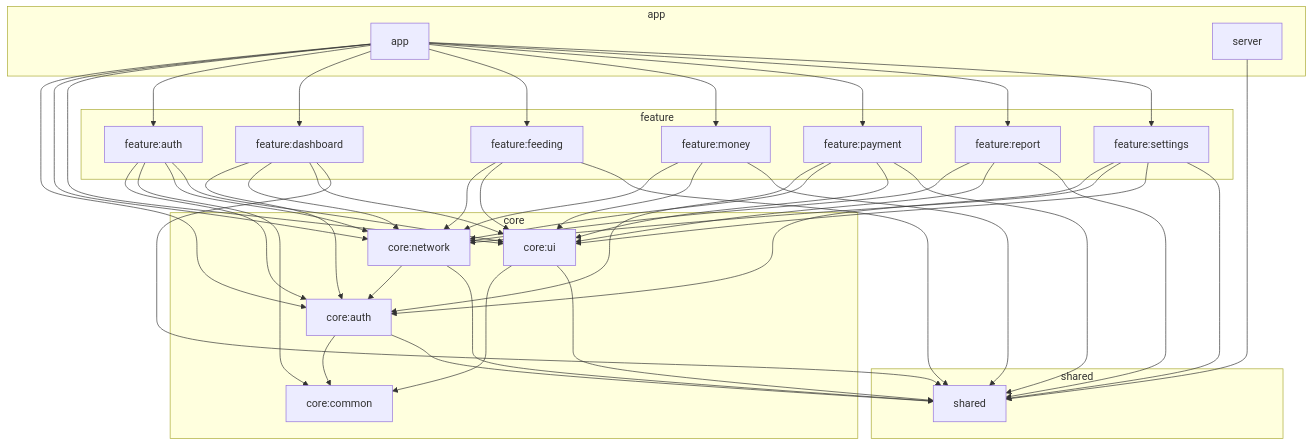
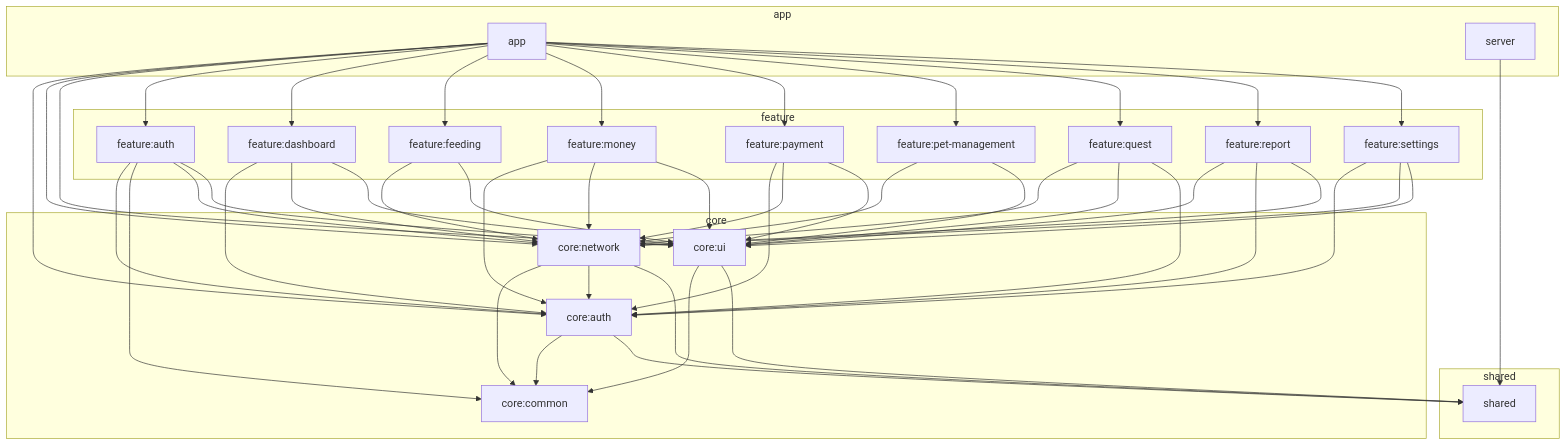
Before and after one commit to ptkNktq/CrabShell: the diagram in README.md, drawn with Mermaid. The commit also changed other lines of this file, not shown here.

First line of the commit message:
docs: Update README.md versions and architecture

````diff
--- a/README.md
+++ b/README.md
@@ -35,74 +35,80 @@
 ```mermaid
 graph TD
   subgraph shared
     S[shared]
   end
 
   subgraph core
     CC[core:common]
     CA[core:auth]
     CN[core:network]
     CU[core:ui]
   end
 
   subgraph feature
     FA[feature:auth]
     FD[feature:dashboard]
     FF[feature:feeding]
     FM[feature:money]
     FP[feature:payment]
+    FPM[feature:pet-management]
+    FQ[feature:quest]
     FR[feature:report]
     FS[feature:settings]
   end
 
   subgraph app
     WF[app]
     SV[server]
   end
 
   CA --> CC
   CA --> S
+  CN --> CC
   CN --> CA
   CN --> S
   CU --> CC
   CU --> S
 
   FA --> CA
   FA --> CC
   FA --> CN
   FA --> CU
   FD --> CA
   FD --> CN
   FD --> CU
-  FD --> S
   FF --> CN
   FF --> CU
-  FF --> S
+  FM --> CA
   FM --> CN
   FM --> CU
-  FM --> S
   FP --> CA
   FP --> CN
   FP --> CU
-  FP --> S
+  FPM --> CN
+  FPM --> CU
+  FQ --> CN
+  FQ --> CU
+  FQ --> CA
+  FR --> CU
+  FR --> CA
   FR --> CN
-  FR --> CU
-  FR --> S
   FS --> CA
   FS --> CN
   FS --> CU
-  FS --> S
 
   WF --> CA
   WF --> CN
   WF --> CU
   WF --> FA
   WF --> FD
   WF --> FF
   WF --> FM
   WF --> FP
+  WF --> FPM
+  WF --> FQ
   WF --> FR
   WF --> FS
 
   SV --> S
 ```
````
